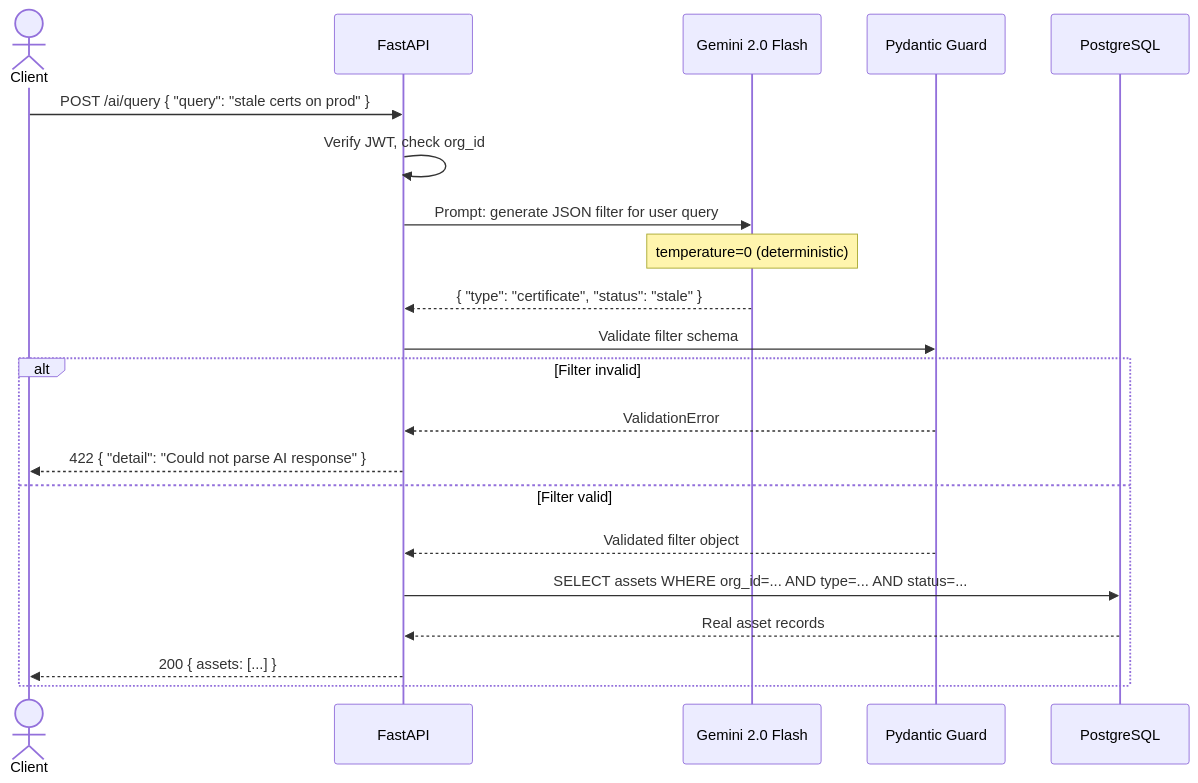
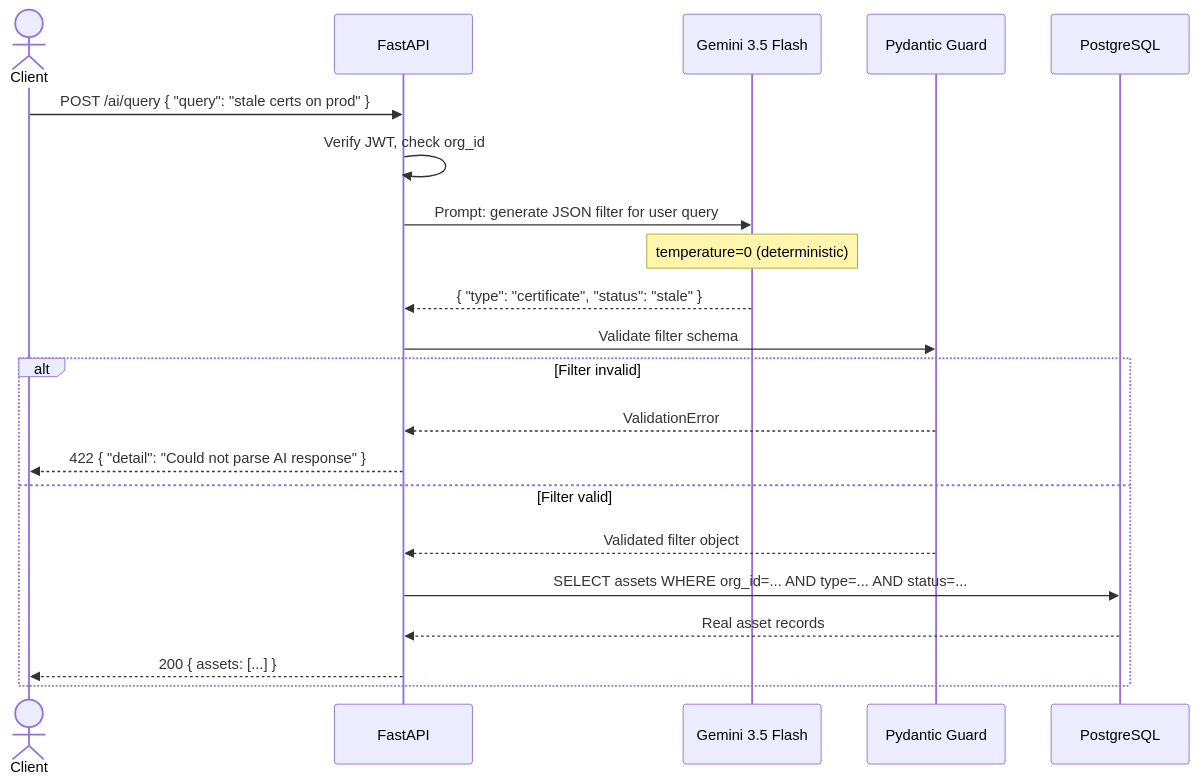
The fourth of 8 diagrams in docs/design/uml_diagrams/diagrams.md (IslamAbdelslam/AssetManagementSystem), drawn with Mermaid before and after one commit. The commit also changed 4 other files, not shown here.

````diff
--- a/docs/design/uml_diagrams/diagrams.md
+++ b/docs/design/uml_diagrams/diagrams.md
@@ -136,26 +136,26 @@
 ```mermaid
 sequenceDiagram
     actor Client
     participant API as FastAPI
-    participant LLM as Gemini 2.0 Flash
+    participant LLM as Gemini 3.5 Flash
     participant Guard as Pydantic Guard
     participant DB as PostgreSQL
 
     Client->>API: POST /ai/query { "query": "stale certs on prod" }
     API->>API: Verify JWT, check org_id
     
     API->>LLM: Prompt: generate JSON filter for user query
     Note over LLM: temperature=0 (deterministic)
     LLM-->>API: { "type": "certificate", "status": "stale" }
     
     API->>Guard: Validate filter schema
     alt Filter invalid
         Guard-->>API: ValidationError
         API-->>Client: 422 { "detail": "Could not parse AI response" }
     else Filter valid
         Guard-->>API: Validated filter object
         API->>DB: SELECT assets WHERE org_id=... AND type=... AND status=...
         DB-->>API: Real asset records
         API-->>Client: 200 { assets: [...] }
     end
 ```
````
